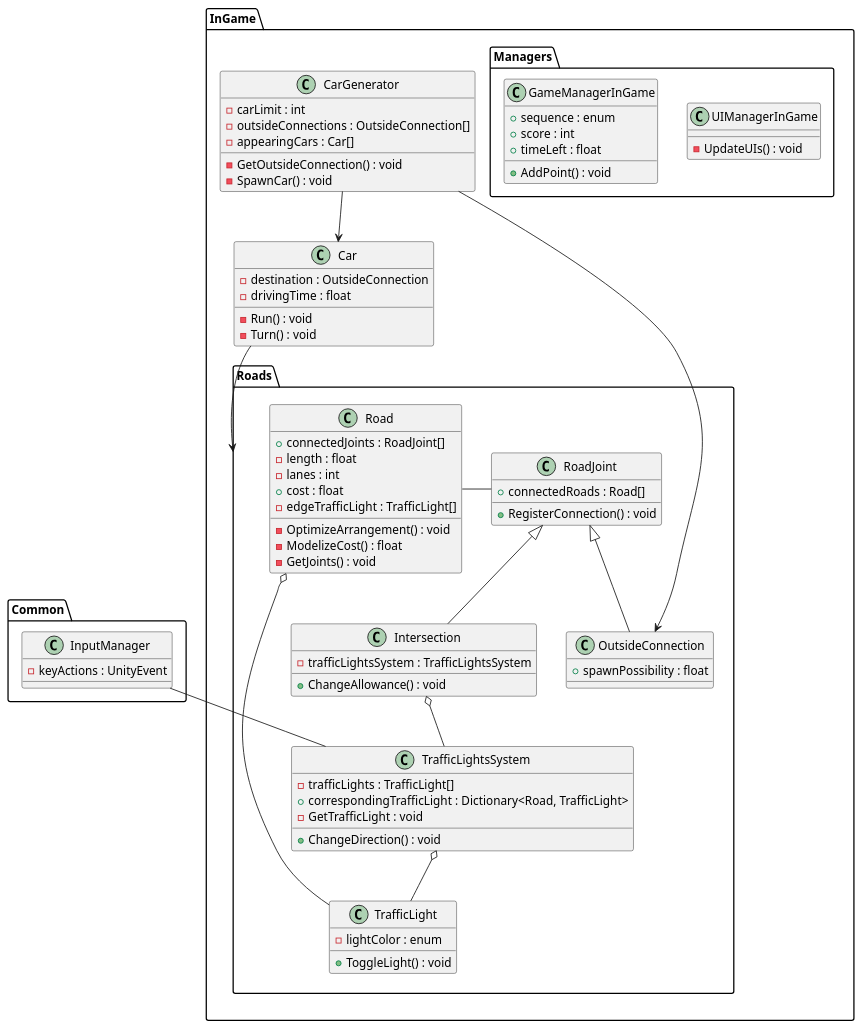
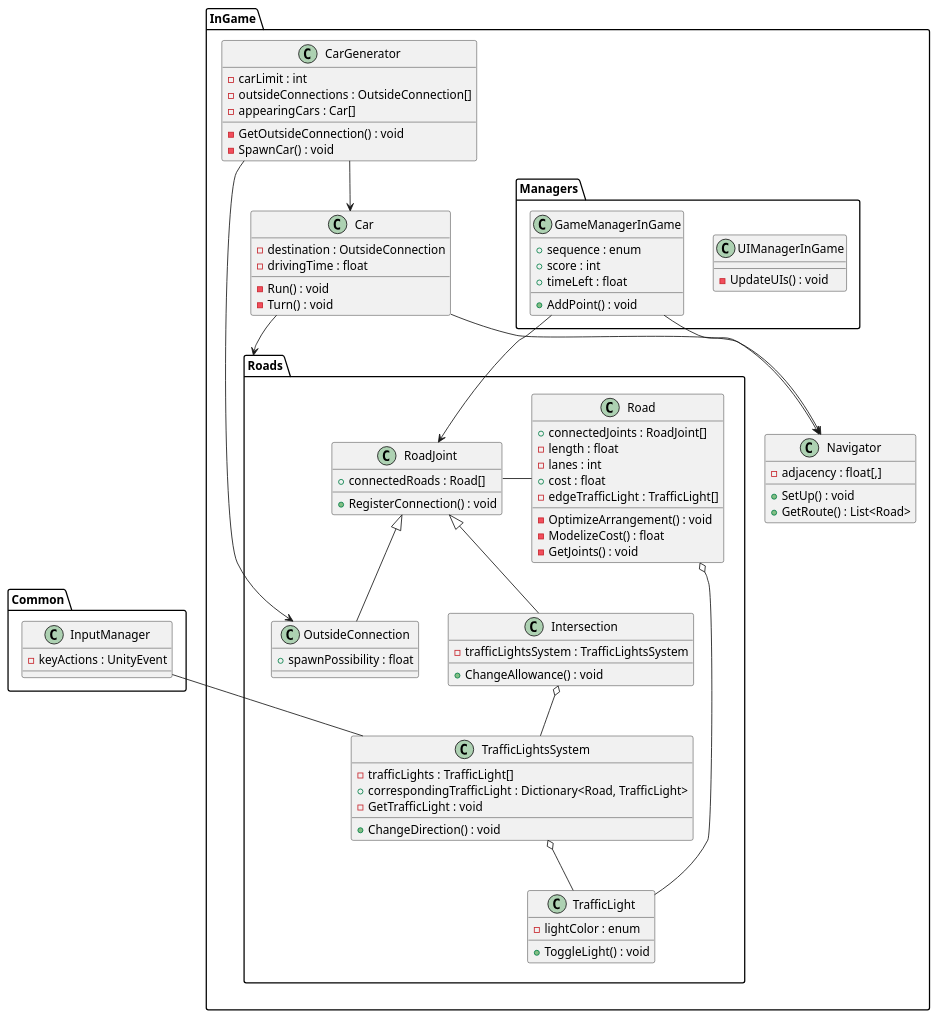
One commit to konbraphat51/TrafficLights changed the diagram in UML/Class.puml. Above: the diagram before and after it, drawn with PlantUML. The commit also changed 6 other files, not shown here.

```diff
--- a/UML/Class.puml
+++ b/UML/Class.puml
@@ -1,96 +1,107 @@
 @startuml
 
 package Common{
     class InputManager{
         -keyActions : UnityEvent
     }
 }
 
 package InGame{
     package Roads{
         class Road{
             +connectedJoints : RoadJoint[]
             -length : float
             -lanes : int
             +cost : float
             -edgeTrafficLight : TrafficLight[]
             -OptimizeArrangement() : void
             -ModelizeCost() : float
             -GetJoints() : void
         }
 
         class RoadJoint{
             +connectedRoads : Road[]
             +RegisterConnection() : void
         }
 
         Road - RoadJoint
 
         class Intersection{
             -trafficLightsSystem : TrafficLightsSystem
             +ChangeAllowance() : void
         }
 
         RoadJoint <|-- Intersection
 
         class OutsideConnection{
             +spawnPossibility : float
         }
 
         RoadJoint <|-- OutsideConnection
 
         class TrafficLightsSystem{
             -trafficLights : TrafficLight[]
             +correspondingTrafficLight : Dictionary<Road, TrafficLight>
             +ChangeDirection() : void
             -GetTrafficLight : void
         }
 
         Intersection o-- TrafficLightsSystem
 
         class TrafficLight{
             -lightColor : enum
             +ToggleLight() : void
         }
 
         TrafficLightsSystem o-- TrafficLight
         Road o-- TrafficLight
 
         InputManager -- TrafficLightsSystem
     }
     
     class Car{
         -destination : OutsideConnection
         -drivingTime : float
         -Run() : void
         -Turn() : void
     }
 
     Car --> Roads
 
     class CarGenerator{
         -carLimit : int
         -outsideConnections : OutsideConnection[]
         -appearingCars : Car[]
         -GetOutsideConnection() : void
         -SpawnCar() : void
     }
 
     CarGenerator --> Car
     CarGenerator --> OutsideConnection
 
+    class Navigator{
+        -adjacency : float[,]
+        +SetUp() : void
+        +GetRoute() : List<Road>
+    }
+
+    Car -> Navigator    
+
     package Managers{
         class UIManagerInGame{
             -UpdateUIs() : void
         }
 
         class GameManagerInGame{
             +sequence : enum
             +score : int
             +timeLeft : float
             +AddPoint() : void
         }
+
+        GameManagerInGame --> RoadJoint
+        GameManagerInGame --> Navigator
     }
 }
 
 @enduml
```
